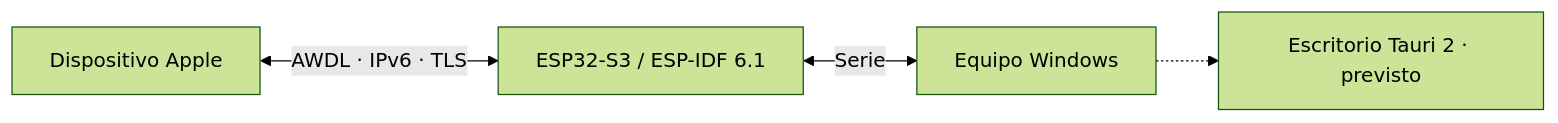
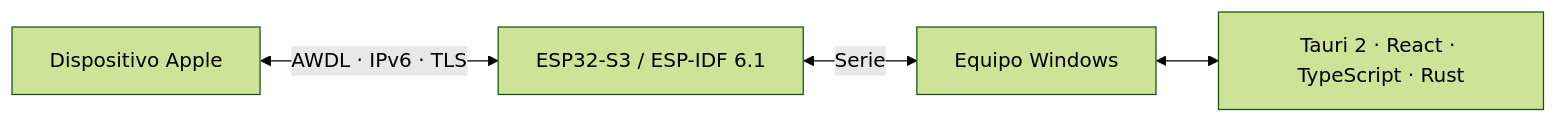
The diagram in README.es.md (tianrking/AirBridge), drawn with Mermaid (forest theme) before and after one commit. The commit also changed 13 other files, not shown here.

````diff
--- a/README.es.md
+++ b/README.es.md
@@ -146,6 +146,6 @@
 ```mermaid
 flowchart LR
   Apple["Dispositivo Apple"] <-->|"AWDL · IPv6 · TLS"| ESP["ESP32-S3 / ESP-IDF 6.1"]
   ESP <-->|"Serie"| PC["Equipo Windows"]
-  PC -.-> UI["Escritorio Tauri 2 · previsto"]
+  PC <--> UI["Tauri 2 · React · TypeScript · Rust"]
 ```
````
